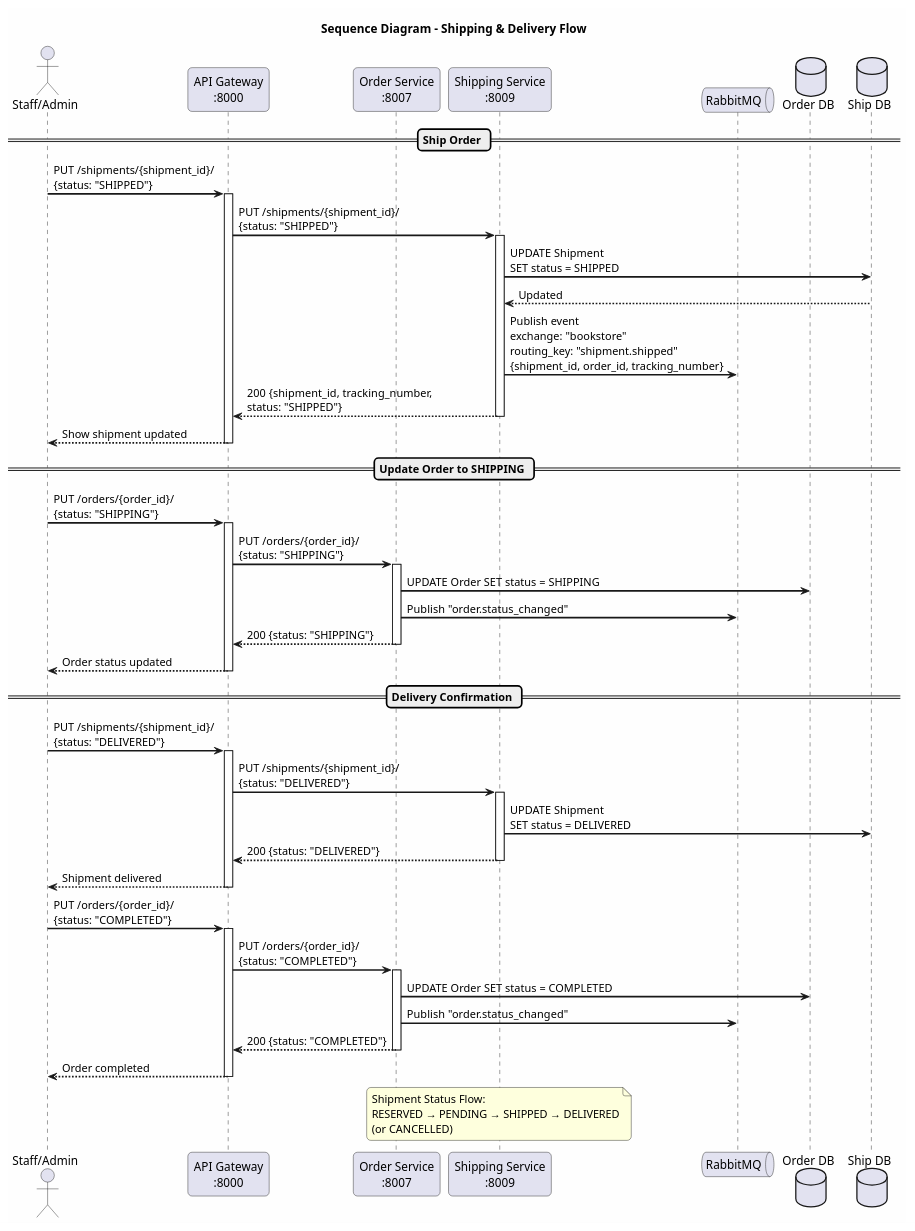
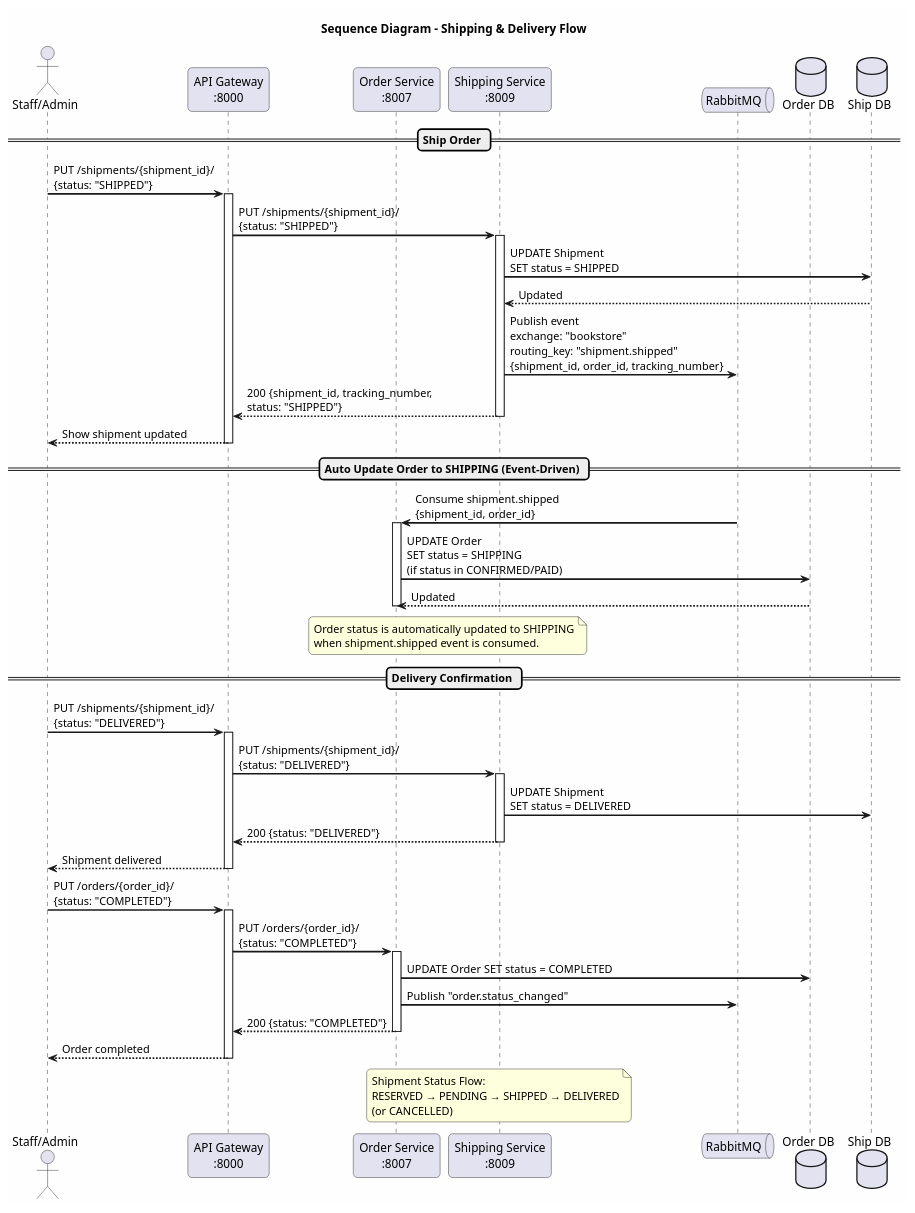
Before and after one commit to SonLamHG/Book-microservice: the seventh of 13 diagrams in docs/sequence-diagrams.puml, drawn with PlantUML. The commit also changed other lines of this file and 32 other files, not shown here.

First line of the commit message:
feat: Implement event-driven architecture for user registration and order status updates

```diff
--- a/docs/sequence-diagrams.puml
+++ b/docs/sequence-diagrams.puml
@@ -466,80 +473,78 @@
 @startuml 07_Shipping_Flow
 title Sequence Diagram - Shipping & Delivery Flow
 skinparam backgroundColor #FEFEFE
 skinparam sequenceArrowThickness 2
 skinparam roundcorner 10
 
 actor "Staff/Admin" as staff
 participant "API Gateway\n:8000" as gw
 participant "Order Service\n:8007" as order
 participant "Shipping Service\n:8009" as ship
 queue "RabbitMQ" as mq
 database "Order DB" as orderdb
 database "Ship DB" as shipdb
 
 == Ship Order ==
 
 staff -> gw : PUT /shipments/{shipment_id}/\n{status: "SHIPPED"}
 activate gw
 
 gw -> ship : PUT /shipments/{shipment_id}/\n{status: "SHIPPED"}
 activate ship
 
 ship -> shipdb : UPDATE Shipment\nSET status = SHIPPED
 shipdb --> ship : Updated
 
 ship -> mq : Publish event\nexchange: "bookstore"\nrouting_key: "shipment.shipped"\n{shipment_id, order_id, tracking_number}
 
 ship --> gw : 200 {shipment_id, tracking_number,\nstatus: "SHIPPED"}
 deactivate ship
 
 gw --> staff : Show shipment updated
 deactivate gw
 
-== Update Order to SHIPPING ==
+== Auto Update Order to SHIPPING (Event-Driven) ==
 
-staff -> gw : PUT /orders/{order_id}/\n{status: "SHIPPING"}
-activate gw
-
-gw -> order : PUT /orders/{order_id}/\n{status: "SHIPPING"}
+mq -> order : Consume shipment.shipped\n{shipment_id, order_id}
 activate order
-order -> orderdb : UPDATE Order SET status = SHIPPING
-order -> mq : Publish "order.status_changed"
-order --> gw : 200 {status: "SHIPPING"}
+order -> orderdb : UPDATE Order\nSET status = SHIPPING\n(if status in CONFIRMED/PAID)
+orderdb --> order : Updated
 deactivate order
 
-gw --> staff : Order status updated
-deactivate gw
+note over ship, order
+  Order status is automatically updated to SHIPPING
+  when shipment.shipped event is consumed.
+end note
 
 == Delivery Confirmation ==
 
 staff -> gw : PUT /shipments/{shipment_id}/\n{status: "DELIVERED"}
 activate gw
 
 gw -> ship : PUT /shipments/{shipment_id}/\n{status: "DELIVERED"}
 activate ship
 ship -> shipdb : UPDATE Shipment\nSET status = DELIVERED
 ship --> gw : 200 {status: "DELIVERED"}
 deactivate ship
 
 gw --> staff : Shipment delivered
 deactivate gw
 
 staff -> gw : PUT /orders/{order_id}/\n{status: "COMPLETED"}
 activate gw
 gw -> order : PUT /orders/{order_id}/\n{status: "COMPLETED"}
 activate order
 order -> orderdb : UPDATE Order SET status = COMPLETED
 order -> mq : Publish "order.status_changed"
 order --> gw : 200 {status: "COMPLETED"}
 deactivate order
 gw --> staff : Order completed
 deactivate gw
 
 note over ship
   Shipment Status Flow:
   RESERVED → PENDING → SHIPPED → DELIVERED
   (or CANCELLED)
 end note
 
 @enduml
```
